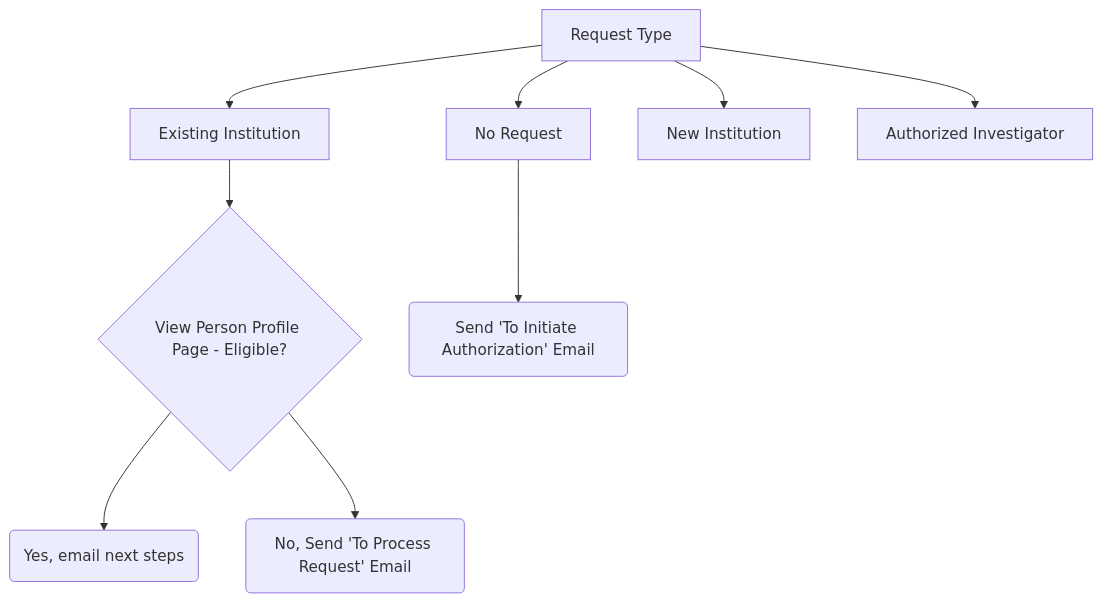
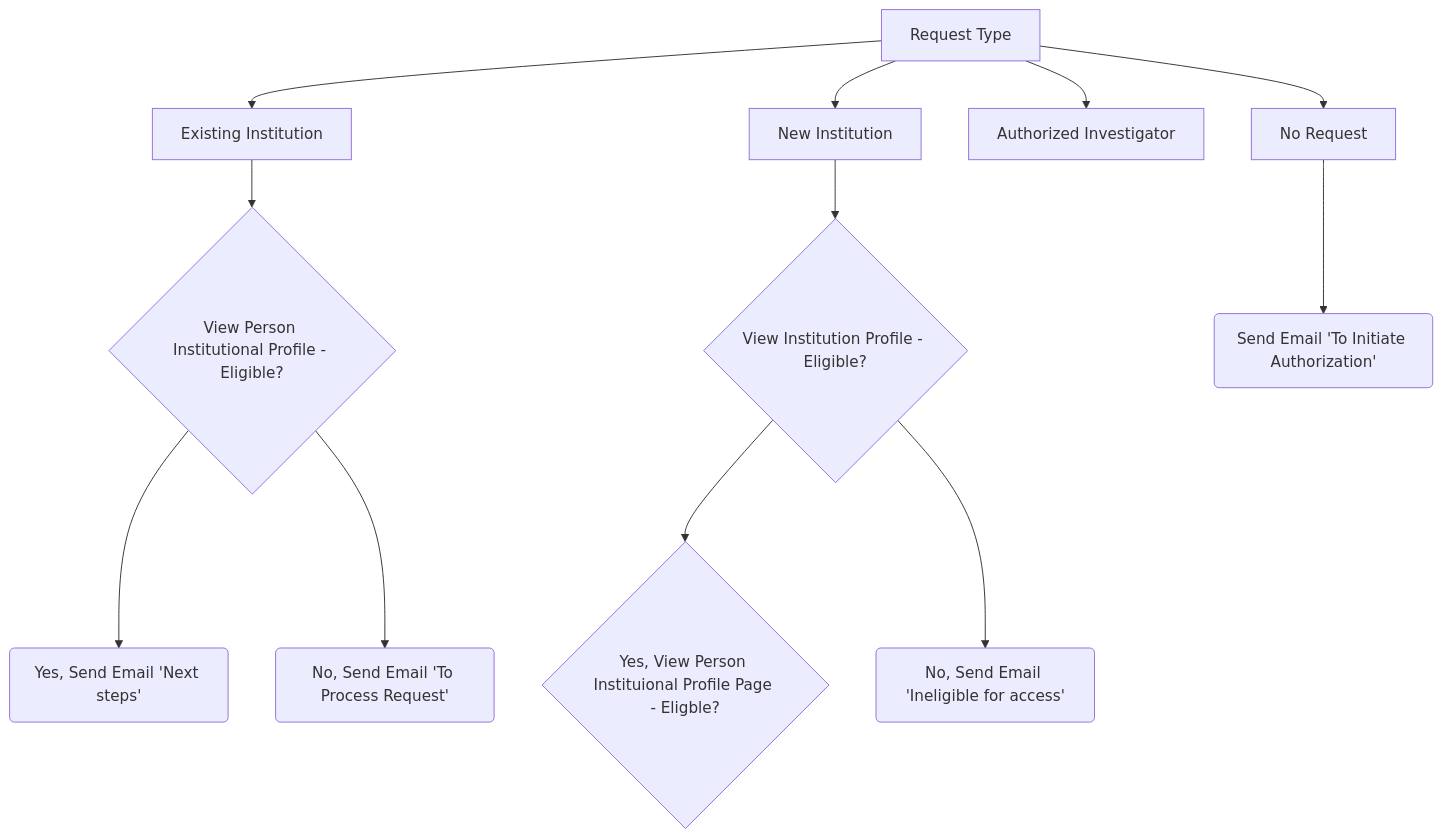
The third of 3 diagrams in src/admin/flowcharts.qmd (databrary/guide), drawn with Mermaid before and after one commit. The commit also changed other lines of this file and 1 other file, not shown here.

Commit message:
update flowchart

````diff
--- a/src/admin/flowcharts.qmd
+++ b/src/admin/flowcharts.qmd
@@ -21,8 +35,10 @@
 ```{mermaid}
 flowchart
-  A[Request Type] --> B[Existing Institution] --> G{View Person Profile Page - Eligible? } --> H(Yes, email next steps)
-  G --> I(No, Send 'To Process Request' Email)
-  A --> C[No Request] --> F(Send 'To Initiate Authorization' Email)
-  A --> D[New Institution]
-  A --> E[Authorized Investigator]
+  A[Request Type] --> B[Existing Institution] --> G{View Person Institutional Profile - Eligible? } 
+  G --> H(Yes, Send Email 'Next steps')
+  G --> J(No, Send Email 'To Process Request')
+  A --> C[New Institution] --> I{View Institution Profile - Eligible?} --> L{Yes, View Person Instituional Profile Page - Eligble?}
+  I --> K(No, Send Email 'Ineligible for access')
+  A --> D[Authorized Investigator]
+  A --> E[No Request] --> F(Send Email 'To Initiate Authorization')
 ```
````
